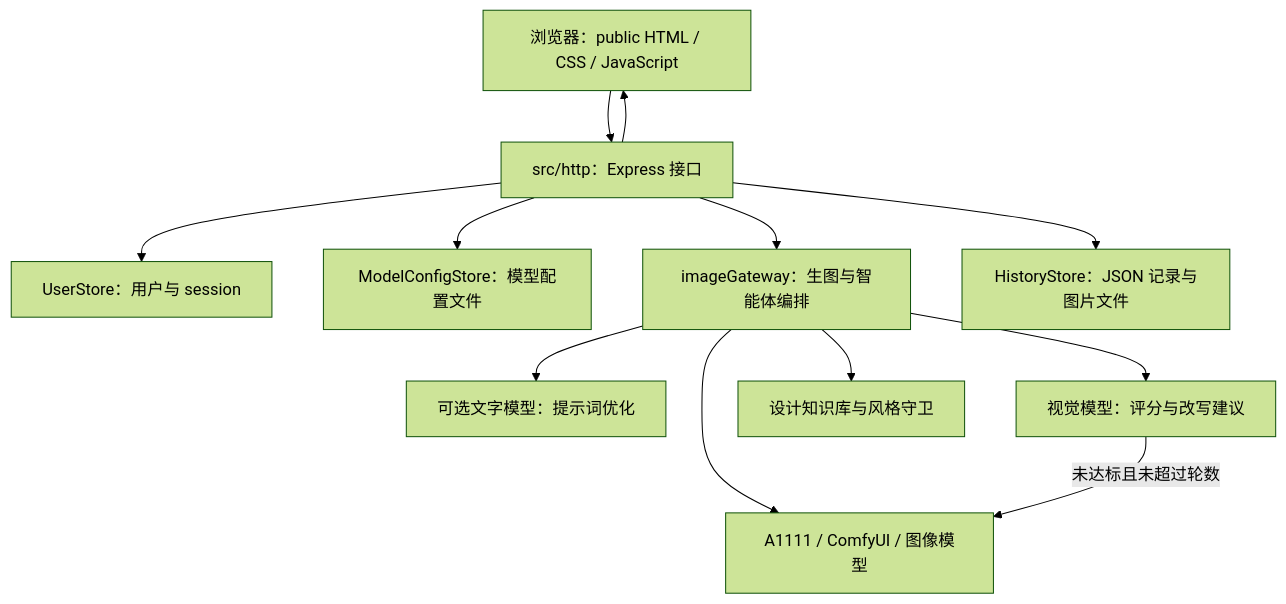
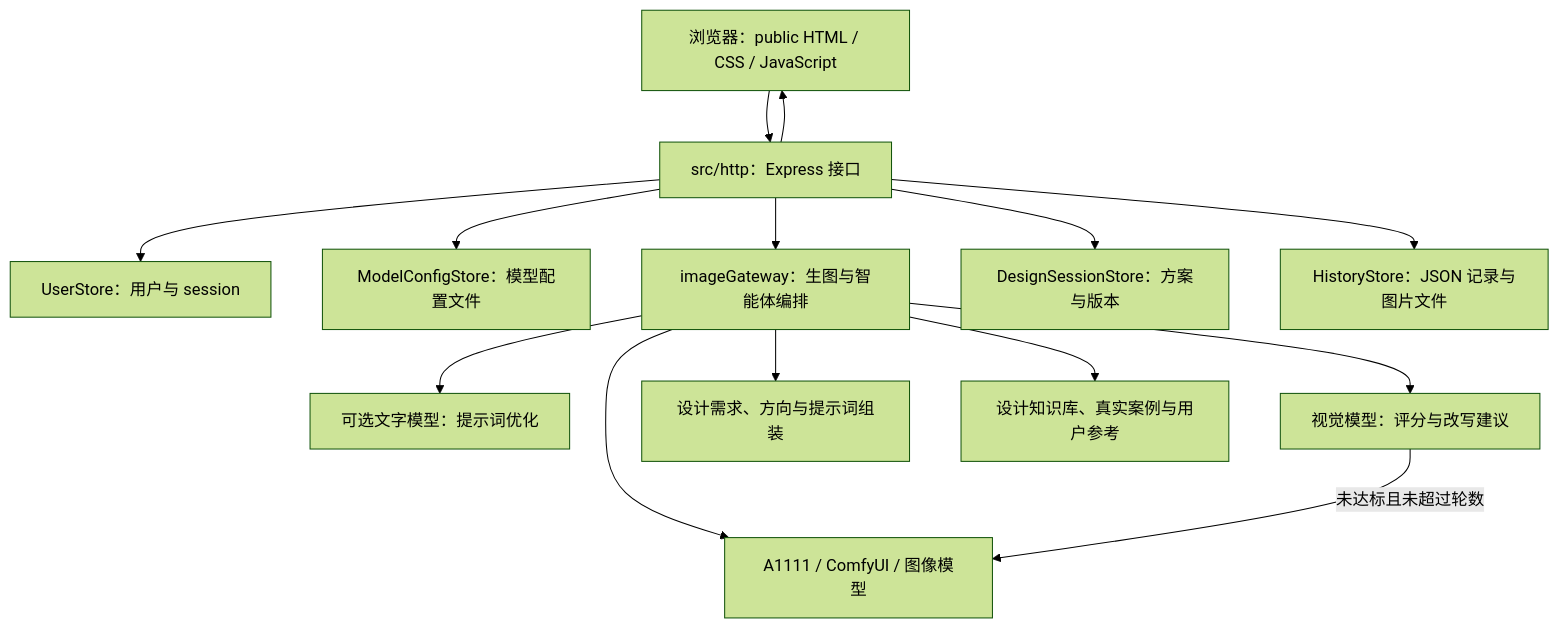
The diagram in docs/PROJECT_OVERVIEW.md (yumi233/SD-Chinese-style-furniture), drawn with Mermaid (forest theme) before and after one commit. The commit also changed other lines of this file and 10 other files, not shown here.

````diff
--- a/docs/PROJECT_OVERVIEW.md
+++ b/docs/PROJECT_OVERVIEW.md
@@ -28,14 +31,16 @@
 ```mermaid
 flowchart TD
   UI[浏览器：public HTML / CSS / JavaScript] --> API[src/http：Express 接口]
   API --> AUTH[UserStore：用户与 session]
   API --> CFG[ModelConfigStore：模型配置文件]
   API --> GW[imageGateway：生图与智能体编排]
   GW --> TEXT[可选文字模型：提示词优化]
   GW --> GEN[A1111 / ComfyUI / 图像模型]
   GW --> VISION[视觉模型：评分与改写建议]
-  GW --> REF[设计知识库与风格守卫]
+  GW --> BRIEF[设计需求、方向与提示词组装]
+  GW --> REF[设计知识库、真实案例与用户参考]
+  API --> SESS[DesignSessionStore：方案与版本]
   VISION -->|未达标且未超过轮数| GEN
   API --> HIST[HistoryStore：JSON 记录与图片文件]
   API --> UI
 ```
````
